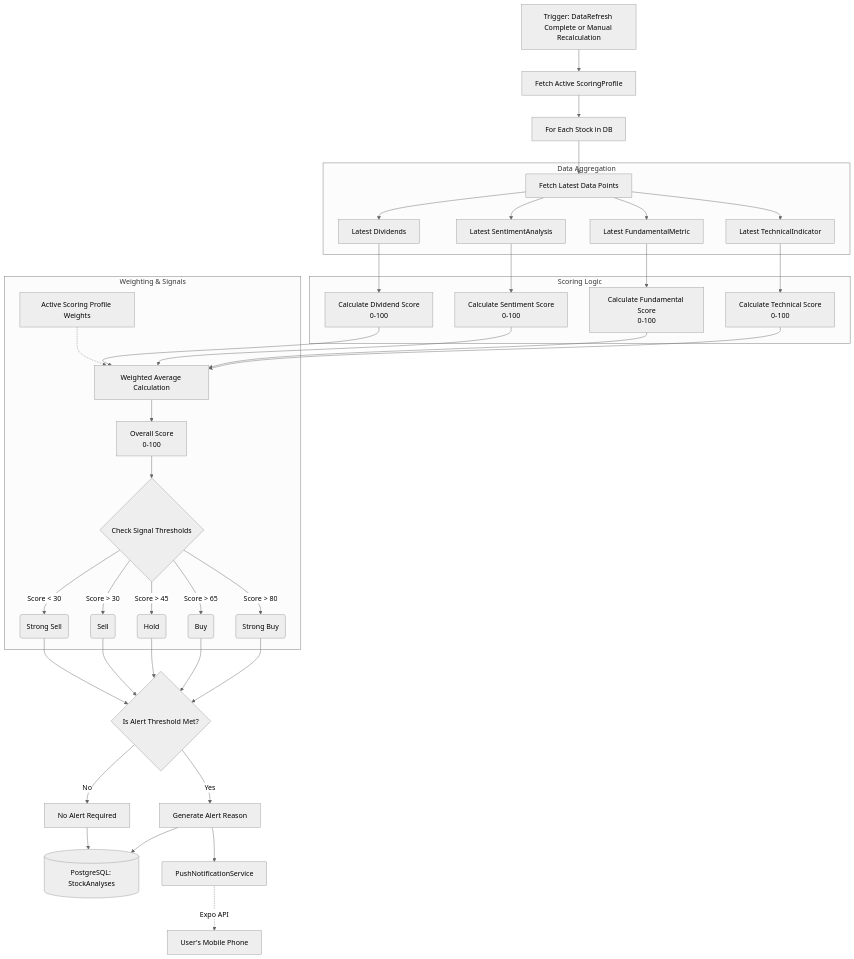
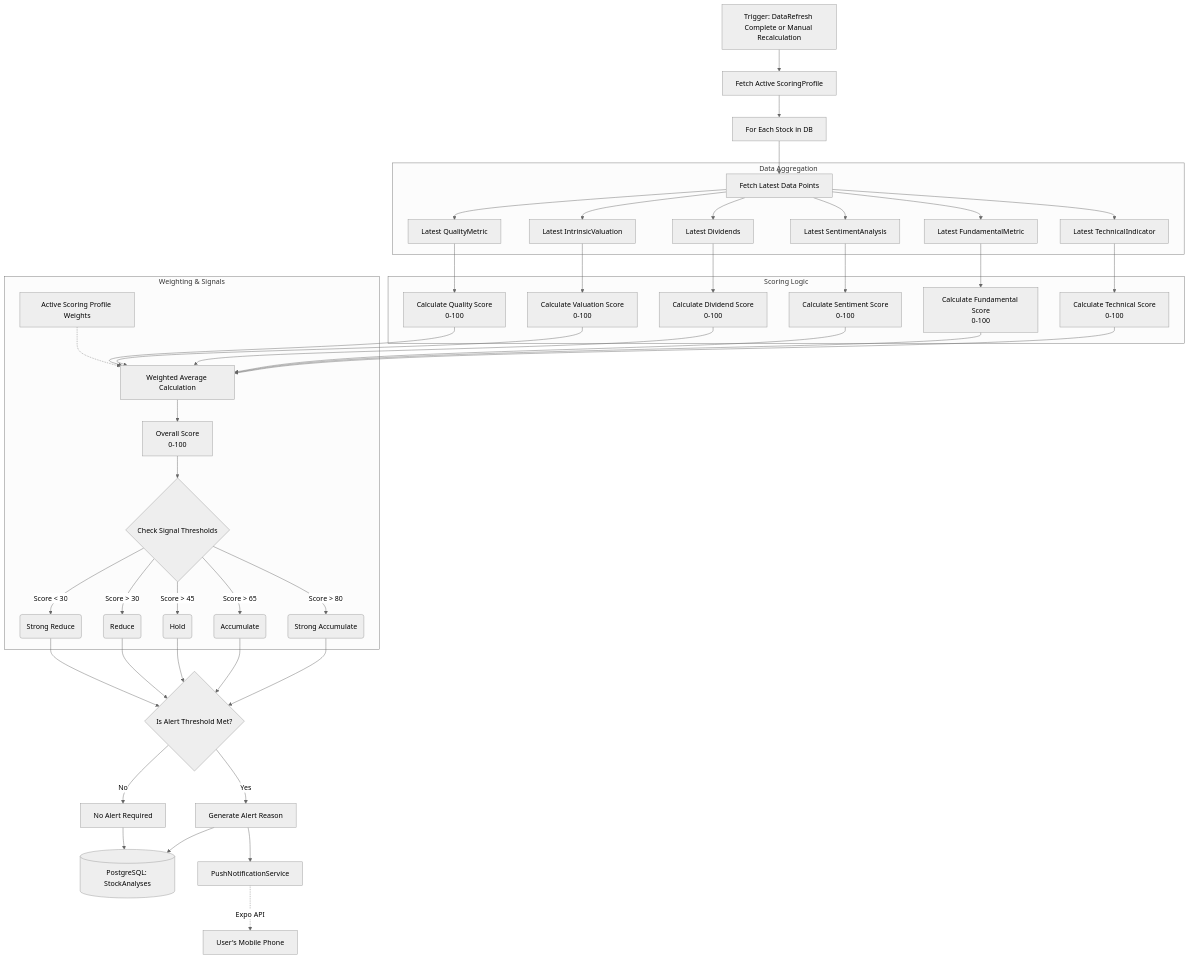
The diagram in docs/analysis_engine_flow.md (kausaur/stockfinder), drawn with Mermaid (neutral theme) before and after one commit. The commit also changed other lines of this file and 5 other files, not shown here.

````diff
--- a/docs/analysis_engine_flow.md
+++ b/docs/analysis_engine_flow.md
@@ -7,56 +7,62 @@
 ```mermaid
 graph TD
     Trigger[Trigger: DataRefresh Complete or Manual Recalculation] --> GetProfile
     
     GetProfile[Fetch Active ScoringProfile] --> IterateStocks
     
     IterateStocks[For Each Stock in DB] --> FetchData
     
     subgraph Data Aggregation
         FetchData[Fetch Latest Data Points]
         FetchData --> TData[Latest TechnicalIndicator]
         FetchData --> FData[Latest FundamentalMetric]
         FetchData --> SData[Latest SentimentAnalysis]
         FetchData --> DData[Latest Dividends]
+        FetchData --> VData[Latest IntrinsicValuation]
+        FetchData --> QData[Latest QualityMetric]
     end
     
     subgraph Scoring Logic
         TData --> TScore[Calculate Technical Score<br>0-100]
         FData --> FScore[Calculate Fundamental Score<br>0-100]
         SData --> SScore[Calculate Sentiment Score<br>0-100]
         DData --> DScore[Calculate Dividend Score<br>0-100]
+        VData --> VScore[Calculate Valuation Score<br>0-100]
+        QData --> QScore[Calculate Quality Score<br>0-100]
     end
     
     subgraph Weighting & Signals
         TScore --> Weighting
         FScore --> Weighting
         SScore --> Weighting
         DScore --> Weighting
+        VScore --> Weighting
+        QScore --> Weighting
         
         Profile[Active Scoring Profile Weights] -.-> Weighting
         
         Weighting[Weighted Average Calculation] --> FinalScore[Overall Score<br>0-100]
         FinalScore --> Thresholds{Check Signal Thresholds}
         
-        Thresholds -->|Score > 80| StrongBuy(Strong Buy)
-        Thresholds -->|Score > 65| Buy(Buy)
+        Thresholds -->|Score > 80| StrongBuy(Strong Accumulate)
+        Thresholds -->|Score > 65| Buy(Accumulate)
         Thresholds -->|Score > 45| Hold(Hold)
-        Thresholds -->|Score > 30| Sell(Sell)
-        Thresholds -->|Score < 30| StrongSell(Strong Sell)
+        Thresholds -->|Score > 30| Sell(Reduce)
+        Thresholds -->|Score < 30| StrongSell(Strong Reduce)
     end
     
     StrongBuy --> Alert{Is Alert Threshold Met?}
     Buy --> Alert
     Hold --> Alert
     Sell --> Alert
     StrongSell --> Alert
     
     Alert -->|Yes| SaveAlert[Generate Alert Reason]
     Alert -->|No| SaveNormal[No Alert Required]
     
     SaveAlert --> DB[(PostgreSQL: StockAnalyses)]
     SaveNormal --> DB
     
     SaveAlert --> Push[PushNotificationService]
     Push -.->|Expo API| MobileDevice[User's Mobile Phone]
 ```
````
